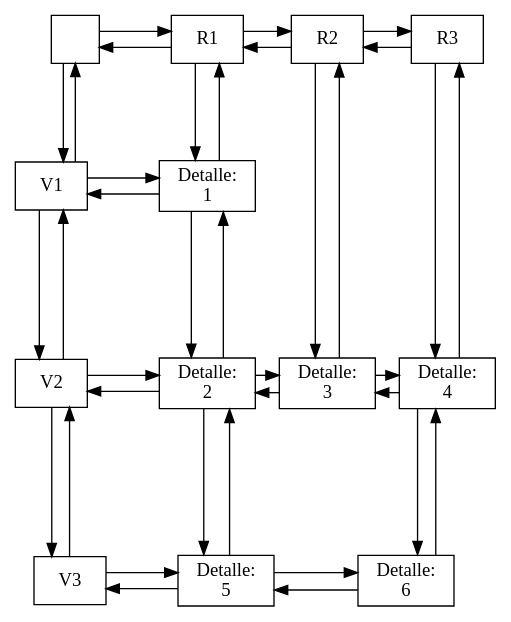
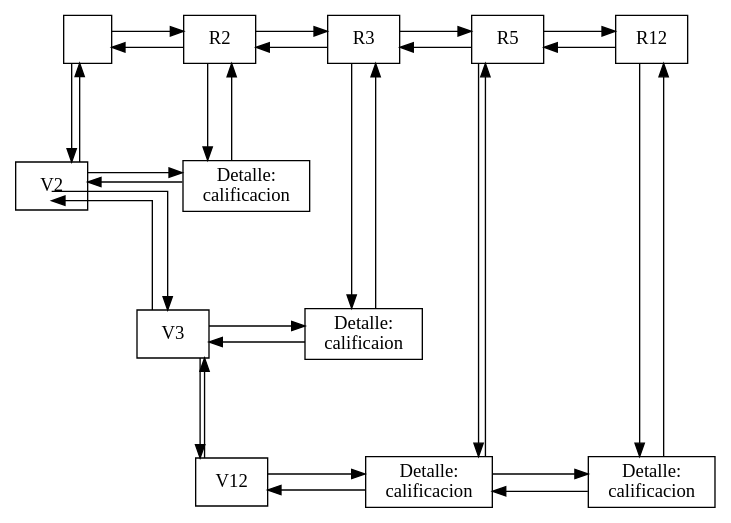
Before and after one commit to Farot30/-EDD-1S2025_202307820: the diagram in Fase#1/Graficas/MatrizDispersa.dot, drawn with Graphviz. The commit also changed 79 other files, not shown here.

```diff
--- a/Fase#1/Graficas/MatrizDispersa.dot
+++ b/Fase#1/Graficas/MatrizDispersa.dot
@@ -1,58 +1,51 @@
 digraph G {
 node [shape=box];
 rankdir=TB;
 splines=ortho;
 node0 [label="", width=0.5, height=0.5, shape=box];
-{ rank=same; node0; nodeC1; nodeC2; nodeC3; }
-nodeC1 [label="R1"];
-nodeC2 [label="R2"];
-nodeC3 [label="R3"];
+{ rank=same; node0; nodeC1; nodeC2; nodeC3; nodeC4; }
+nodeC1 [label="R2"];
+nodeC2 [label="R3"];
+nodeC3 [label="R5"];
+nodeC4 [label="R12"];
 node0:e -> nodeC1:w [minlen=3];
 nodeC1:w -> node0:e [minlen=3];
-nodeC1 -> nodeC2 [minlen=2];
-nodeC2 -> nodeC1 [minlen=2];
-nodeC2 -> nodeC3 [minlen=2];
-nodeC3 -> nodeC2 [minlen=2];
-nodeF1 [label="V1"];
+nodeC1 -> nodeC2 [minlen=3];
+nodeC2 -> nodeC1 [minlen=3];
+nodeC2 -> nodeC3 [minlen=3];
+nodeC3 -> nodeC2 [minlen=3];
+nodeC3 -> nodeC4 [minlen=3];
+nodeC4 -> nodeC3 [minlen=3];
+nodeF1 [label="V2"];
 { rank=same; nodeF1; nodeF1_C1; }
-nodeF1_C1 [label="Detalle:\n1"];
-nodeF2 [label="V2"];
+nodeF1_C1 [label="Detalle:\ncalificacion"];
+nodeF2 [label="V3"];
 nodeF1:s -> nodeF2:n [minlen=2];
 nodeF2:n -> nodeF1:s [minlen=2];
-{ rank=same; nodeF2; nodeF2_C1; nodeF2_C2; nodeF2_C3; }
-nodeF2_C1 [label="Detalle:\n2"];
-nodeF2_C2 [label="Detalle:\n3"];
-nodeF2_C3 [label="Detalle:\n4"];
-nodeF3 [label="V3"];
+{ rank=same; nodeF2; nodeF2_C2; }
+nodeF2_C2 [label="Detalle:\ncalificaion"];
+nodeF3 [label="V12"];
 nodeF2:s -> nodeF3:n [minlen=2];
 nodeF3:n -> nodeF2:s [minlen=2];
-{ rank=same; nodeF3; nodeF3_C1; nodeF3_C3; }
-nodeF3_C1 [label="Detalle:\n5"];
-nodeF3_C3 [label="Detalle:\n6"];
+{ rank=same; nodeF3; nodeF3_C3; nodeF3_C4; }
+nodeF3_C3 [label="Detalle:\ncalificacion"];
+nodeF3_C4 [label="Detalle:\ncalificacion"];
 node0:s -> nodeF1:n [minlen=2];
 nodeF1:n -> node0:s [minlen=2];
-nodeF1:e -> nodeF1_C1:w [minlen=3];
-nodeF1_C1:w -> nodeF1:e [minlen=3];
-nodeF2:e -> nodeF2_C1:w [minlen=3];
-nodeF2_C1:w -> nodeF2:e [minlen=3];
-nodeF2_C1 -> nodeF2_C2 ;
-nodeF2_C2 -> nodeF2_C1 ;
-nodeF2_C2 -> nodeF2_C3 ;
-nodeF2_C3 -> nodeF2_C2 ;
-nodeF3:e -> nodeF3_C1:w [minlen=3];
-nodeF3_C1:w -> nodeF3:e [minlen=3];
-nodeF3_C1 -> nodeF3_C3 ;
-nodeF3_C3 -> nodeF3_C1 ;
+nodeF1:e -> nodeF1_C1:w [minlen=4];
+nodeF1_C1:w -> nodeF1:e [minlen=4];
+nodeF2:e -> nodeF2_C2:w [minlen=4];
+nodeF2_C2:w -> nodeF2:e [minlen=4];
+nodeF3:e -> nodeF3_C3:w [minlen=4];
+nodeF3_C3:w -> nodeF3:e [minlen=4];
+nodeF3_C3 -> nodeF3_C4[minlen=4] ;
+nodeF3_C4 -> nodeF3_C3 [minlen=4];
 nodeC1 -> nodeF1_C1 [minlen=2];
 nodeF1_C1 -> nodeC1 [minlen=2];
-nodeF1_C1 -> nodeF2_C1[minlen=3]
-nodeF2_C1 -> nodeF1_C1[minlen=3];
-nodeF2_C1 -> nodeF3_C1[minlen=3]
-nodeF3_C1 -> nodeF2_C1[minlen=3];
 nodeC2 -> nodeF2_C2 [minlen=2];
 nodeF2_C2 -> nodeC2 [minlen=2];
-nodeC3 -> nodeF2_C3 [minlen=2];
-nodeF2_C3 -> nodeC3 [minlen=2];
-nodeF2_C3 -> nodeF3_C3[minlen=3]
-nodeF3_C3 -> nodeF2_C3[minlen=3];
+nodeC3 -> nodeF3_C3 [minlen=2];
+nodeF3_C3 -> nodeC3 [minlen=2];
+nodeC4 -> nodeF3_C4 [minlen=2];
+nodeF3_C4 -> nodeC4 [minlen=2];
 }
```
